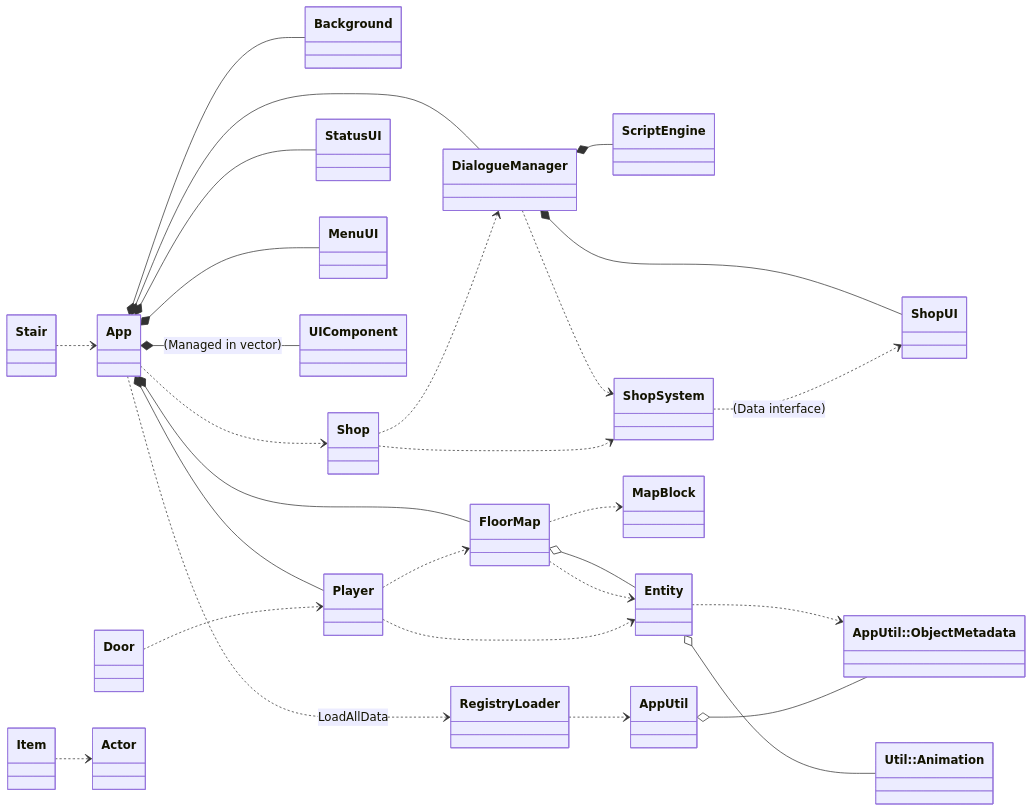
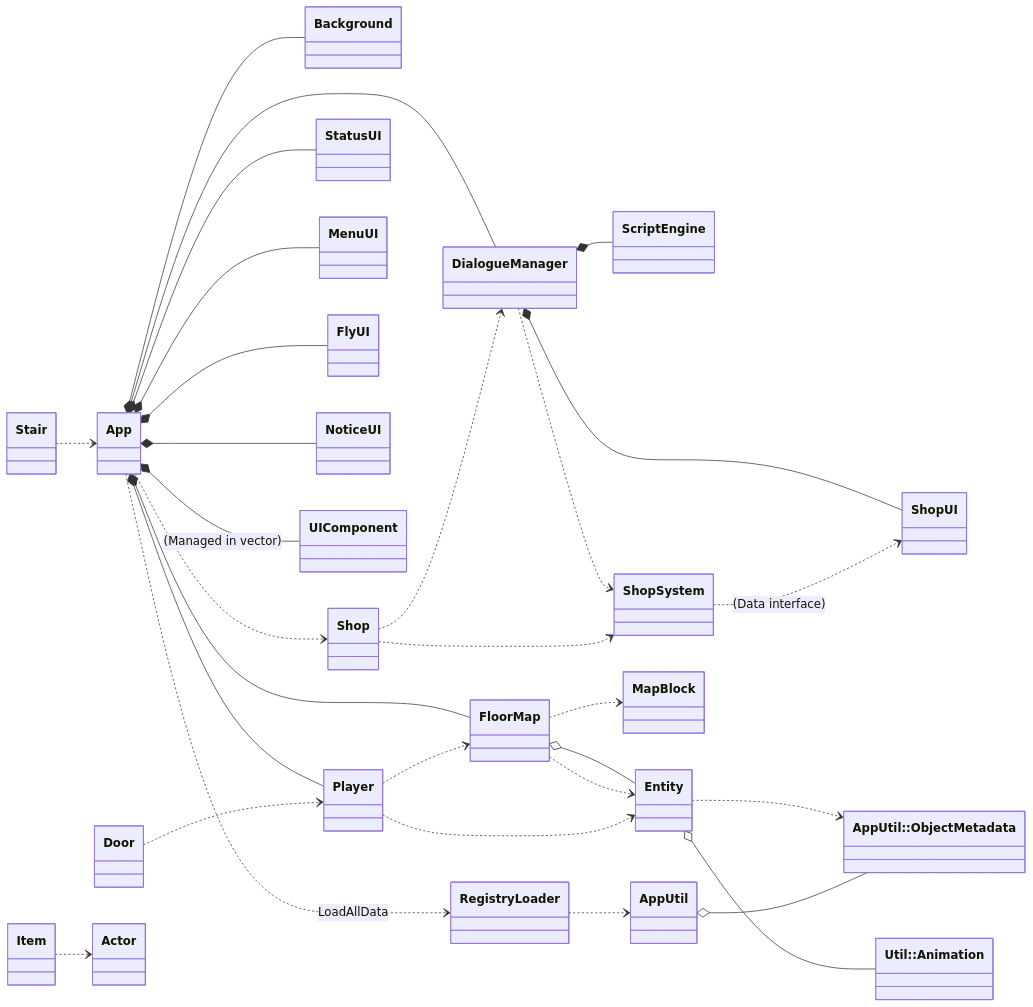
Before and after one commit to XWJWPIY/schoolwork_recreate_magic_tower: the fourth of 4 diagrams in Constructure.md, drawn with Mermaid. The commit also changed other lines of this file and 10 other files, not shown here.

Commit message:
refactor: extract FlyUI and NoticeUI from MenuUI and unify UI management

````diff
--- a/Constructure.md
+++ b/Constructure.md
@@ -416,38 +443,40 @@
 ```mermaid
 classDiagram
     direction LR
     class Animation["Util::Animation"]
     class ObjectMetadata["AppUtil::ObjectMetadata"]
 
     App ..> RegistryLoader : LoadAllData
     App *-- Background
     App *-- FloorMap
     App *-- Player
     App *-- StatusUI
     App *-- MenuUI
+    App *-- FlyUI
+    App *-- NoticeUI
     App *-- DialogueManager
     App *-- UIComponent : (Managed in vector)
     App ..> Shop
     DialogueManager *-- ScriptEngine
     DialogueManager *-- ShopUI
     DialogueManager ..> ShopSystem
     ShopSystem ..> ShopUI : (Data interface)
     Shop ..> ShopSystem
 
     FloorMap o-- Entity
     FloorMap ..> MapBlock
     FloorMap ..> Entity
 
     Entity o-- Animation
     Entity ..> ObjectMetadata
 
     Player ..> FloorMap
     Player ..> Entity
     Shop ..> DialogueManager
     Door ..> Player
     Item ..> Actor
     Stair ..> App
 
     RegistryLoader ..> AppUtil
     AppUtil o-- ObjectMetadata
 ```
````
